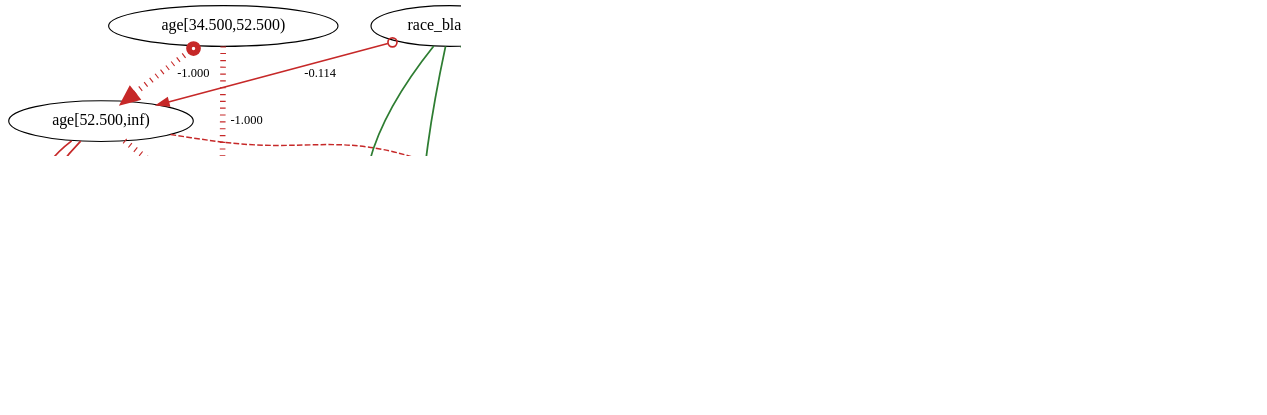
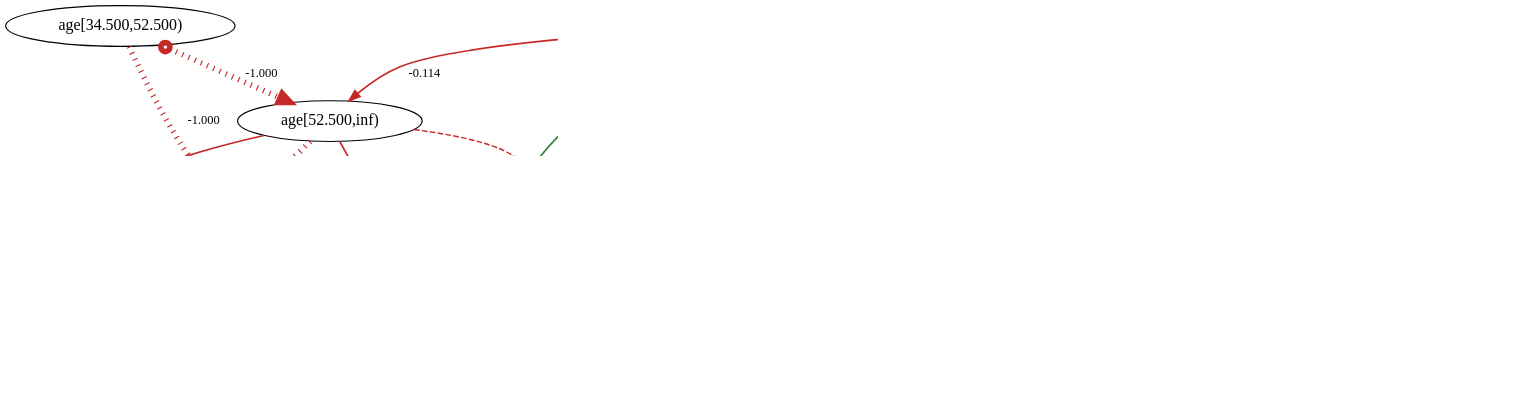
One commit to AKANEMO22/MedTCAX-Causal-Argumentative-Explainability changed the diagram in causal_argumentation-main/outputs_compas/fci_experiment/discovery_fci_dropfirst_weighted.dot. Above: the diagram before and after it, drawn with Graphviz. The commit also changed 30 other files, not shown here.

```diff
--- a/causal_argumentation-main/outputs_compas/fci_experiment/discovery_fci_dropfirst_weighted.dot
+++ b/causal_argumentation-main/outputs_compas/fci_experiment/discovery_fci_dropfirst_weighted.dot
@@ -1,44 +1,41 @@
 digraph {
 fontsize=18;
 dpi=200;
 0 [label="age[20.500,34.500)"];
 1 [label="age[34.500,52.500)"];
 2 [label="age[52.500,inf)"];
 3 [label="priors_count[0.500,2.500)"];
 4 [label="priors_count[2.500,8.500)"];
 5 [label="priors_count[8.500,inf)"];
 6 [label="sex_1"];
 7 [label="race_black_1"];
 8 [label="c_charge_degree_1"];
 9 [label="juv_any_1"];
 10 [label="two_year_recid"];
 1 -> 0 [dir=both, arrowtail=none, arrowhead=normal, label=" -1.000 ", fontsize=11, style=dotted, color="#c62828", penwidth=5.0];
 2 -> 0 [dir=both, arrowtail=none, arrowhead=normal, label=" -1.000 ", fontsize=11, style=dotted, color="#c62828", penwidth=5.0];
 0 -> 9 [dir=both, arrowtail=none, arrowhead=normal, label=" +0.162 ", fontsize=11, color="#2e7d32", penwidth=1.648230543356622];
 0 -> 10 [dir=both, arrowtail=none, arrowhead=normal, label=" +0.138 ", fontsize=11, color="#2e7d32", penwidth=1.5517675169583196];
 1 -> 2 [dir=both, arrowtail=odot, arrowhead=normal, label=" -1.000 ", fontsize=11, style=dotted, color="#c62828", penwidth=5.0];
 7 -> 2 [dir=both, arrowtail=odot, arrowhead=normal, label=" -0.114 ", fontsize=11, color="#c62828", penwidth=1.457527037320483];
 2 -> 8 [dir=both, arrowtail=none, arrowhead=normal, label=" -0.073 ", fontsize=11, color="#c62828", style=dashed, penwidth=1.290765389674062];
 2 -> 9 [dir=both, arrowtail=none, arrowhead=normal, label=" -0.131 ", fontsize=11, color="#c62828", penwidth=1.5226433082879962];
 2 -> 10 [dir=both, arrowtail=none, arrowhead=normal, label=" -0.123 ", fontsize=11, color="#c62828", penwidth=1.491068065950465];
-3 -> 4 [dir=both, arrowtail=odot, arrowhead=normal, label=" -1.000 ", fontsize=11, style=dotted, color="#c62828", penwidth=5.0];
-3 -> 5 [dir=both, arrowtail=odot, arrowhead=normal, label=" -1.000 ", fontsize=11, style=dotted, color="#c62828", penwidth=5.0];
-4 -> 5 [dir=both, arrowtail=odot, arrowhead=normal, label=" -1.000 ", fontsize=11, style=dotted, color="#c62828", penwidth=5.0];
 6 -> 4 [dir=both, arrowtail=none, arrowhead=normal, label=" +0.057 ", fontsize=11, color="#2e7d32", style=dashed, penwidth=1.2294533702532011];
 7 -> 4 [dir=both, arrowtail=none, arrowhead=normal, label=" +0.090 ", fontsize=11, color="#2e7d32", style=dashed, penwidth=1.361585587751374];
 4 -> 8 [dir=both, arrowtail=normal, arrowhead=normal, label=" +0.076 ", fontsize=11, color="#2e7d32", style=dashed, penwidth=1.3058592650810872];
 4 -> 10 [dir=both, arrowtail=none, arrowhead=normal, label=" +0.159 ", fontsize=11, color="#2e7d32", penwidth=1.6378864134807656];
 6 -> 5 [dir=both, arrowtail=none, arrowhead=normal, label=" +0.089 ", fontsize=11, color="#2e7d32", style=dashed, penwidth=1.3570876081636278];
 7 -> 5 [dir=both, arrowtail=none, arrowhead=normal, label=" +0.171 ", fontsize=11, color="#2e7d32", penwidth=1.6843129734822813];
 5 -> 8 [dir=both, arrowtail=normal, arrowhead=normal, label=" +0.105 ", fontsize=11, color="#2e7d32", penwidth=1.4198233758412362];
 5 -> 9 [dir=both, arrowtail=normal, arrowhead=normal, label=" +0.233 ", fontsize=11, color="#2e7d32", penwidth=1.9317842910788952];
 5 -> 10 [dir=both, arrowtail=none, arrowhead=normal, label=" +0.219 ", fontsize=11, color="#2e7d32", penwidth=1.8747230585069365];
 6 -> 8 [dir=both, arrowtail=none, arrowhead=normal, label=" +0.062 ", fontsize=11, color="#2e7d32", style=dashed, penwidth=1.2473923026476825];
 6 -> 9 [dir=both, arrowtail=none, arrowhead=normal, label=" +0.096 ", fontsize=11, color="#2e7d32", style=dashed, penwidth=1.385468419248161];
 6 -> 10 [dir=both, arrowtail=none, arrowhead=normal, label=" +0.101 ", fontsize=11, color="#2e7d32", penwidth=1.4036440942052206];
 7 -> 8 [dir=both, arrowtail=none, arrowhead=normal, label=" +0.104 ", fontsize=11, color="#2e7d32", penwidth=1.4161881076625997];
 7 -> 9 [dir=both, arrowtail=none, arrowhead=normal, label=" +0.138 ", fontsize=11, color="#2e7d32", penwidth=1.5523746222105461];
 7 -> 10 [dir=both, arrowtail=none, arrowhead=normal, label=" +0.141 ", fontsize=11, color="#2e7d32", penwidth=1.5624367867262003];
 8 -> 10 [dir=both, arrowtail=none, arrowhead=normal, label=" +0.120 ", fontsize=11, color="#2e7d32", penwidth=1.4813297591010128];
 9 -> 10 [dir=both, arrowtail=none, arrowhead=normal, label=" +0.194 ", fontsize=11, color="#2e7d32", penwidth=1.7754492637667452];
 }
```
